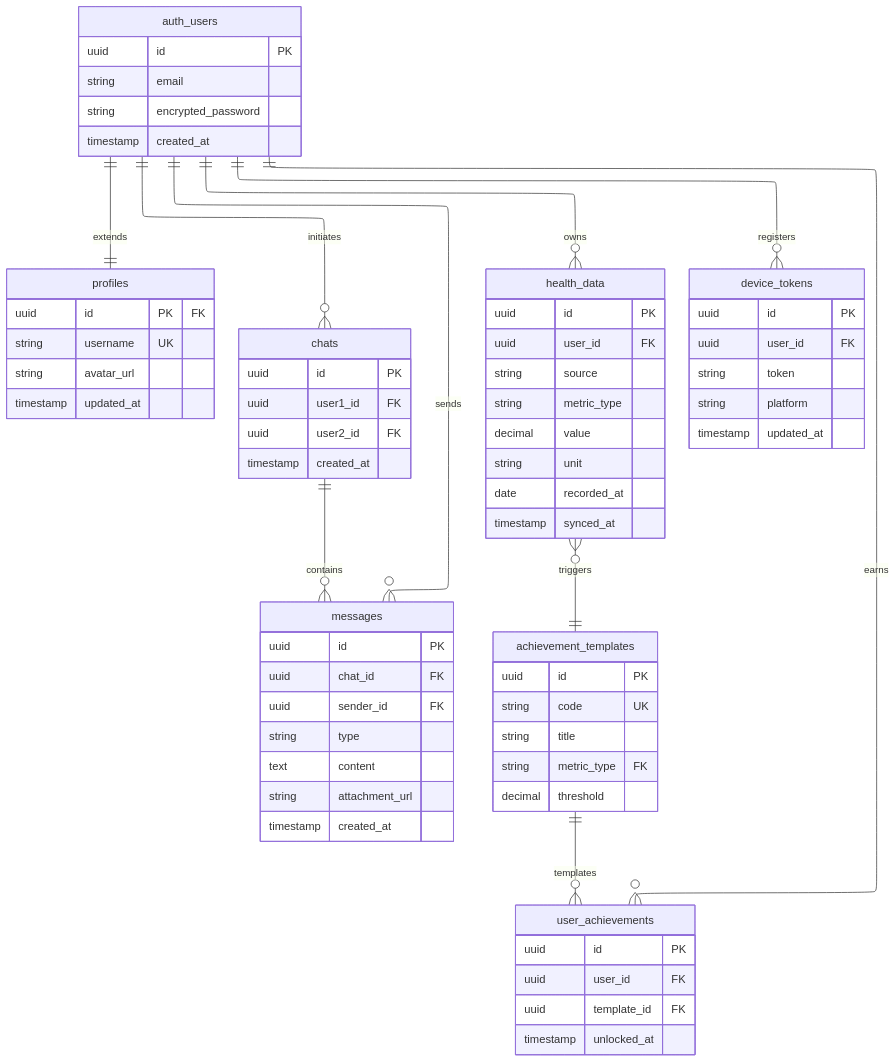
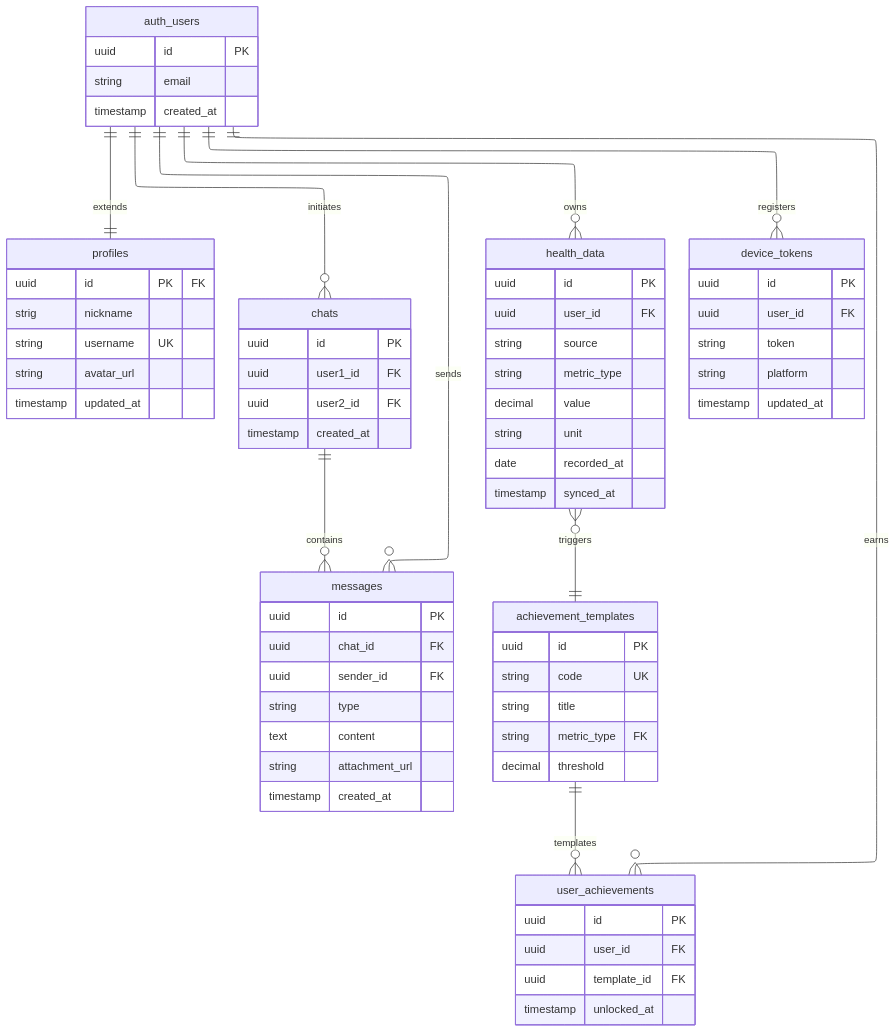
The diagram in docs/models/models.mmd (lera18a/FitTalk), drawn with Mermaid before and after one commit. The commit also changed 10 other files, not shown here.

```diff
--- a/docs/models/models.mmd
+++ b/docs/models/models.mmd
@@ -1,79 +1,79 @@
 ---
 config:
   layout: elk
 ---
 erDiagram
     auth_users {
         uuid id PK
         string email
-        string encrypted_password
         timestamp created_at
     }
 
     profiles {
         uuid id PK "FK"
+        strig nickname 
         string username UK
         string avatar_url
         timestamp updated_at
     }
 
     chats {
         uuid id PK
         uuid user1_id FK
         uuid user2_id FK
         timestamp created_at
     }
 
     messages {
         uuid id PK
         uuid chat_id FK
         uuid sender_id FK
         string type
         text content
         string attachment_url
         timestamp created_at
     }
 
     health_data {
         uuid id PK
         uuid user_id FK
         string source
         string metric_type
         decimal value
         string unit
         date recorded_at
         timestamp synced_at
     }
 
     achievement_templates {
         uuid id PK
         string code UK
         string title
         string metric_type FK
         decimal threshold
     }
 
     user_achievements {
         uuid id PK
         uuid user_id FK
         uuid template_id FK
         timestamp unlocked_at
     }
 
     device_tokens {
         uuid id PK
         uuid user_id FK
         string token
         string platform
         timestamp updated_at
     }
 
     auth_users ||--|| profiles : "extends"
     auth_users ||--o{ chats : "initiates"
     auth_users ||--o{ messages : "sends"
     auth_users ||--o{ health_data : "owns"
     auth_users ||--o{ user_achievements : "earns"
     auth_users ||--o{ device_tokens : "registers"
     chats ||--o{ messages : "contains"
     achievement_templates ||--o{ user_achievements : "templates"
     health_data }o--|| achievement_templates : "triggers"
```
